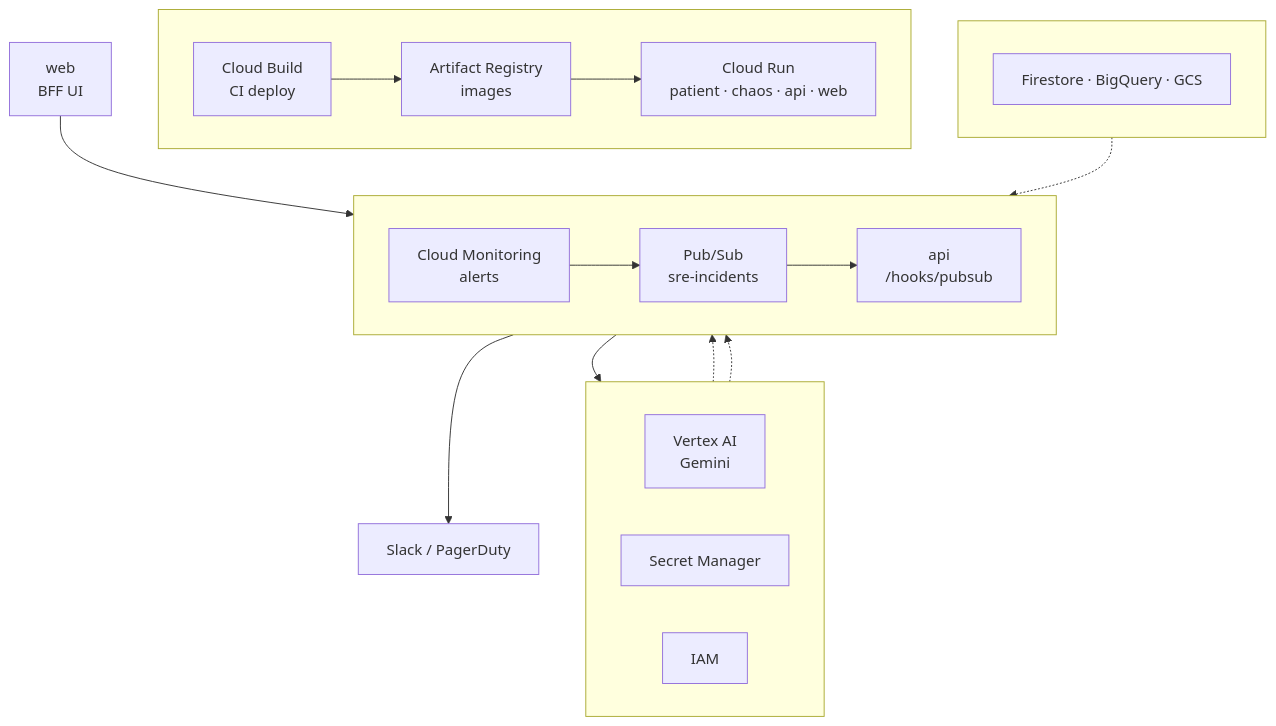
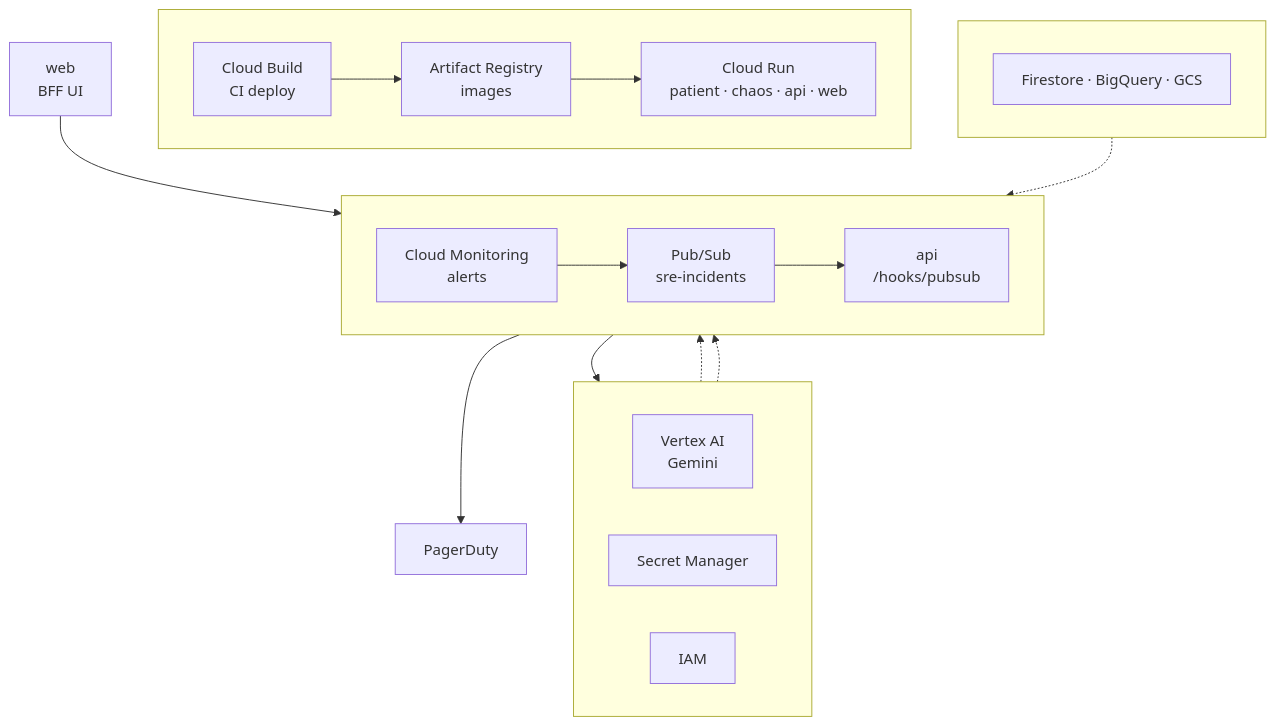
One commit to HOSH19/gcp_sre_multiagent changed the second of 2 diagrams in README.md. Above: the diagram before and after it, drawn with Mermaid. The commit also changed other lines of this file and 12 other files, not shown here.

First line of the commit message:
Remove Slack paging integration; simplify README to diagrams and CI table.

````diff
--- a/README.md
+++ b/README.md
@@ -32,30 +28,30 @@
 ```mermaid
 flowchart TB
 
   subgraph row1[" "]
     direction LR
     cb["Cloud Build<br/>CI deploy"] --> ar["Artifact Registry<br/>images"] --> run["Cloud Run<br/>patient · chaos · api · web"]
   end
 
   subgraph row2[" "]
     direction LR
     mon["Cloud Monitoring<br/>alerts"] --> pub["Pub/Sub<br/>sre-incidents"] --> api["api<br/>/hooks/pubsub"]
   end
 
   subgraph row3[" "]
     direction LR
     vertex["Vertex AI<br/>Gemini"] & sm["Secret Manager"] & iam["IAM"]
   end
 
   subgraph row4[" "]
     direction LR
     store["Firestore · BigQuery · GCS"]
   end
 
   web["web<br/>BFF UI"] --> api
   api --> vertex
-  api --> page["Slack / PagerDuty"]
+  api --> page["PagerDuty"]
   sm -.-> api
   iam -.-> api
   store -.-> api
 ```
````
